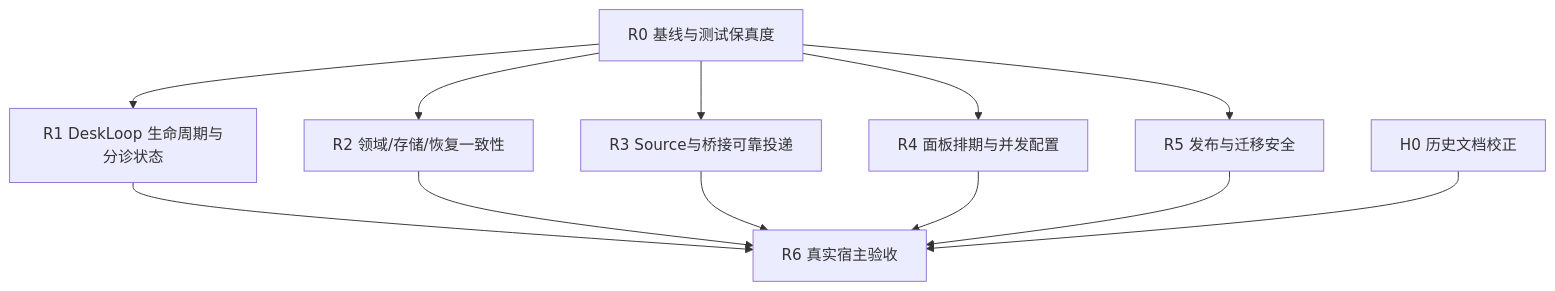
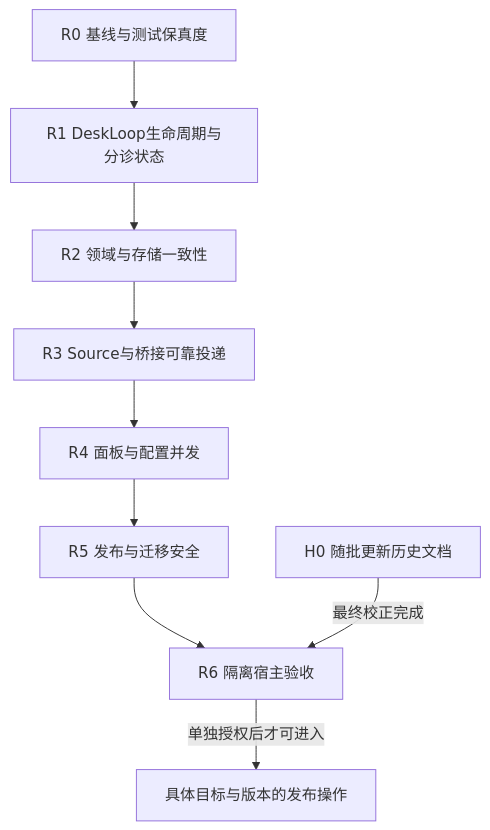
One commit to liyabgf/dsh-myagent changed the diagram in docs/v2/audit39-repair-plan.md. Above: the diagram before and after it, drawn with Mermaid. The commit also changed other lines of this file and 1 other file, not shown here.

````diff
--- a/docs/v2/audit39-repair-plan.md
+++ b/docs/v2/audit39-repair-plan.md
@@ -88,14 +88,11 @@
 ```mermaid
 flowchart TD
- R0[R0 基线与测试保真度] --> R1[R1 DeskLoop 生命周期与分诊状态]
- R0 --> R2[R2 领域/存储/恢复一致性]
- R0 --> R3[R3 Source与桥接可靠投递]
- R0 --> R4[R4 面板排期与并发配置]
- R0 --> R5[R5 发布与迁移安全]
- R1 --> R6[R6 真实宿主验收]
- R2 --> R6
- R3 --> R6
- R4 --> R6
- R5 --> R6
- H[H0 历史文档校正] --> R6
+ R0[R0 基线与测试保真度] --> R1[R1 DeskLoop生命周期与分诊状态]
+ R1 --> R2[R2 领域与存储一致性]
+ R2 --> R3[R3 Source与桥接可靠投递]
+ R3 --> R4[R4 面板与配置并发]
+ R4 --> R5[R5 发布与迁移安全]
+ R5 --> R6[R6 隔离宿主验收]
+ H[H0 随批更新历史文档] -->|最终校正完成| R6
+ R6 -->|单独授权后才可进入| Release[具体目标与版本的发布操作]
 ```
````
